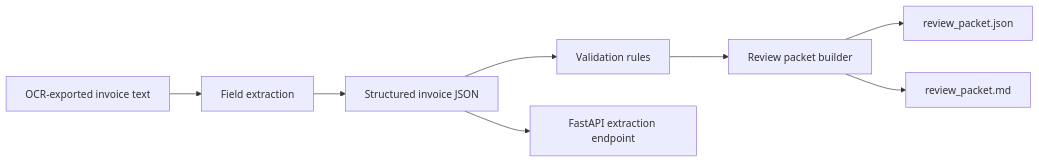
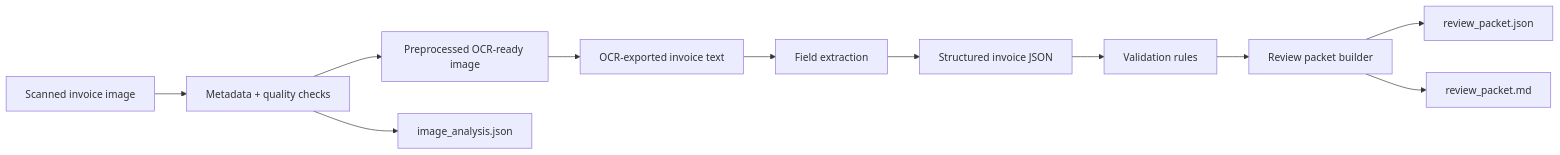
One commit to srn91/document-intelligence-copilot changed the diagram in README.md. Above: the diagram before and after it, drawn with Mermaid. The commit also changed other lines of this file and 11 other files, not shown here.

Commit message:
Add invoice image analysis lane

````diff
--- a/README.md
+++ b/README.md
@@ -20,10 +21,13 @@
 ```mermaid
 flowchart LR
-    A["OCR-exported invoice text"] --> B["Field extraction"]
-    B --> C["Structured invoice JSON"]
-    C --> D["Validation rules"]
-    D --> E["Review packet builder"]
-    E --> F["review_packet.json"]
-    E --> G["review_packet.md"]
-    C --> H["FastAPI extraction endpoint"]
+    A["Scanned invoice image"] --> B["Metadata + quality checks"]
+    B --> C["Preprocessed OCR-ready image"]
+    C --> D["OCR-exported invoice text"]
+    D --> E["Field extraction"]
+    E --> F["Structured invoice JSON"]
+    F --> G["Validation rules"]
+    G --> H["Review packet builder"]
+    H --> I["review_packet.json"]
+    H --> J["review_packet.md"]
+    B --> K["image_analysis.json"]
 ```
````
